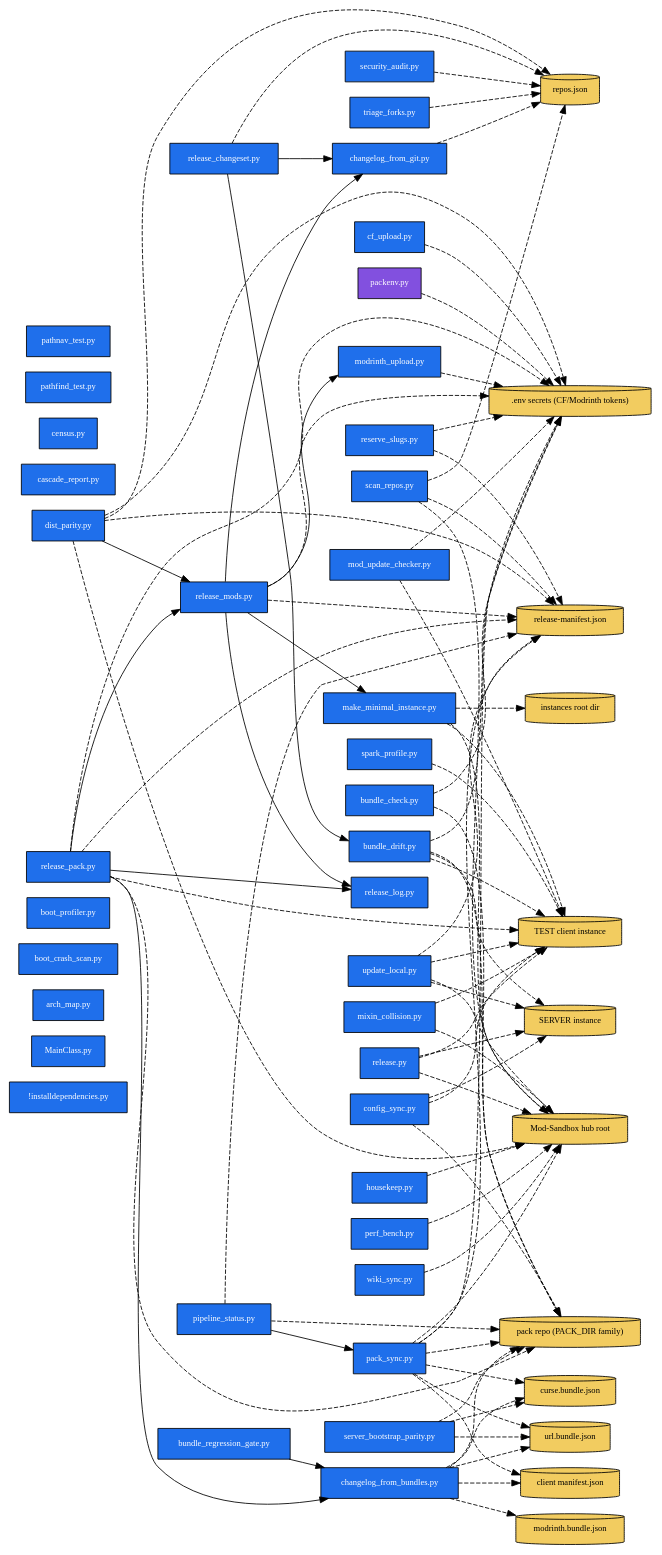
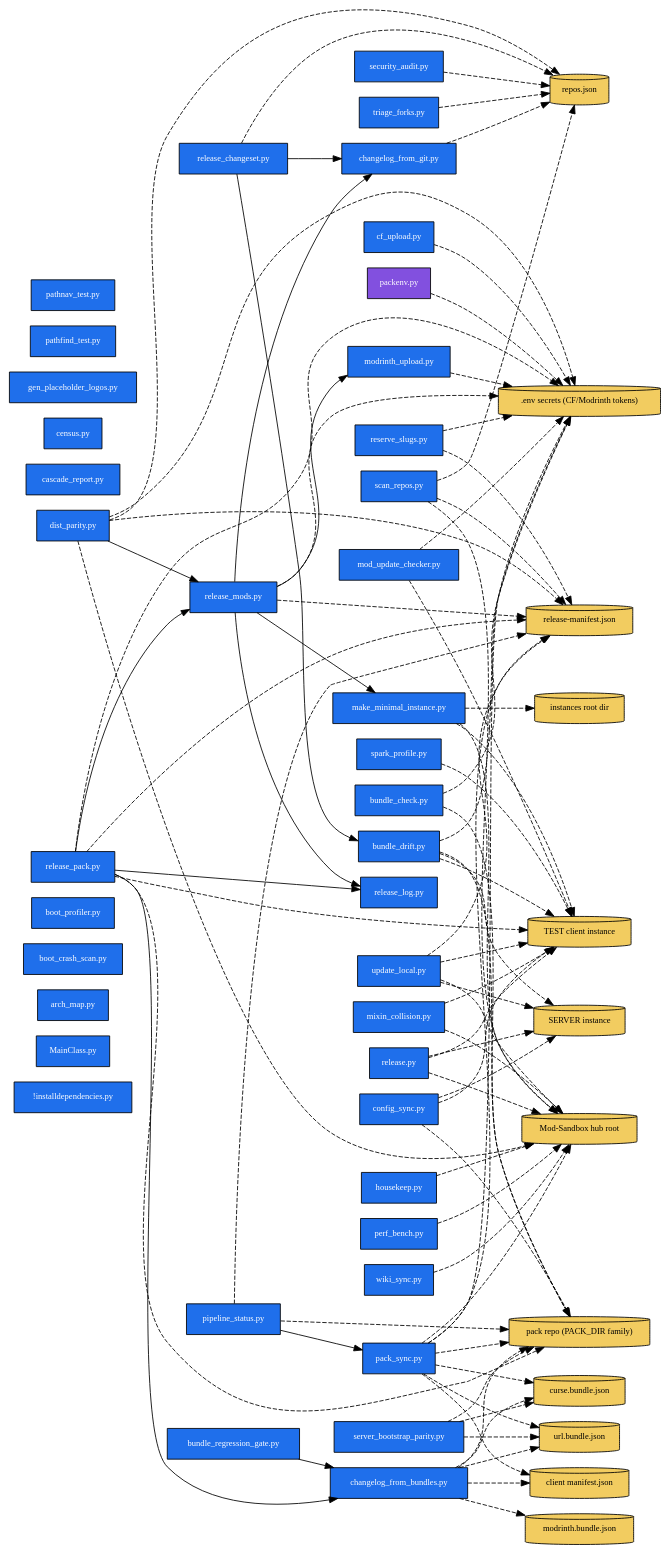
The diagram in ARCHITECTURE.dot (quentin452/Cat-Pack-Utilities), drawn with Graphviz before and after one commit. The commit also changed 7 other files, not shown here.

First line of the commit message:
feat(reserve_slugs): placeholder brand logos + Modrinth icon upload

```diff
--- a/ARCHITECTURE.dot
+++ b/ARCHITECTURE.dot
@@ -1,136 +1,137 @@
 digraph arch {
   rankdir=LR;
   node [shape=box, style=filled, fontsize=10];
 
   S__installdependencies [label="!installdependencies.py", fillcolor="#1f6feb", fontcolor="white"];
   S_MainClass [label="MainClass.py", fillcolor="#1f6feb", fontcolor="white"];
   S_arch_map [label="arch_map.py", fillcolor="#1f6feb", fontcolor="white"];
   S_boot_crash_scan [label="boot_crash_scan.py", fillcolor="#1f6feb", fontcolor="white"];
   S_boot_profiler [label="boot_profiler.py", fillcolor="#1f6feb", fontcolor="white"];
   S_bundle_check [label="bundle_check.py", fillcolor="#1f6feb", fontcolor="white"];
   S_bundle_drift [label="bundle_drift.py", fillcolor="#1f6feb", fontcolor="white"];
   S_bundle_regression_gate [label="bundle_regression_gate.py", fillcolor="#1f6feb", fontcolor="white"];
   S_cascade_report [label="cascade_report.py", fillcolor="#1f6feb", fontcolor="white"];
   S_census [label="census.py", fillcolor="#1f6feb", fontcolor="white"];
   S_cf_upload [label="cf_upload.py", fillcolor="#1f6feb", fontcolor="white"];
   S_changelog_from_bundles [label="changelog_from_bundles.py", fillcolor="#1f6feb", fontcolor="white"];
   S_changelog_from_git [label="changelog_from_git.py", fillcolor="#1f6feb", fontcolor="white"];
   S_config_sync [label="config_sync.py", fillcolor="#1f6feb", fontcolor="white"];
   S_dist_parity [label="dist_parity.py", fillcolor="#1f6feb", fontcolor="white"];
+  S_gen_placeholder_logos [label="gen_placeholder_logos.py", fillcolor="#1f6feb", fontcolor="white"];
   S_housekeep [label="housekeep.py", fillcolor="#1f6feb", fontcolor="white"];
   S_make_minimal_instance [label="make_minimal_instance.py", fillcolor="#1f6feb", fontcolor="white"];
   S_mixin_collision [label="mixin_collision.py", fillcolor="#1f6feb", fontcolor="white"];
   S_mod_update_checker [label="mod_update_checker.py", fillcolor="#1f6feb", fontcolor="white"];
   S_modrinth_upload [label="modrinth_upload.py", fillcolor="#1f6feb", fontcolor="white"];
   S_pack_sync [label="pack_sync.py", fillcolor="#1f6feb", fontcolor="white"];
   S_packenv [label="packenv.py", fillcolor="#8250df", fontcolor="white"];
   S_pathfind_test [label="pathfind_test.py", fillcolor="#1f6feb", fontcolor="white"];
   S_pathnav_test [label="pathnav_test.py", fillcolor="#1f6feb", fontcolor="white"];
   S_perf_bench [label="perf_bench.py", fillcolor="#1f6feb", fontcolor="white"];
   S_pipeline_status [label="pipeline_status.py", fillcolor="#1f6feb", fontcolor="white"];
   S_release [label="release.py", fillcolor="#1f6feb", fontcolor="white"];
   S_release_changeset [label="release_changeset.py", fillcolor="#1f6feb", fontcolor="white"];
   S_release_log [label="release_log.py", fillcolor="#1f6feb", fontcolor="white"];
   S_release_mods [label="release_mods.py", fillcolor="#1f6feb", fontcolor="white"];
   S_release_pack [label="release_pack.py", fillcolor="#1f6feb", fontcolor="white"];
   S_reserve_slugs [label="reserve_slugs.py", fillcolor="#1f6feb", fontcolor="white"];
   S_scan_repos [label="scan_repos.py", fillcolor="#1f6feb", fontcolor="white"];
   S_security_audit [label="security_audit.py", fillcolor="#1f6feb", fontcolor="white"];
   S_server_bootstrap_parity [label="server_bootstrap_parity.py", fillcolor="#1f6feb", fontcolor="white"];
   S_spark_profile [label="spark_profile.py", fillcolor="#1f6feb", fontcolor="white"];
   S_triage_forks [label="triage_forks.py", fillcolor="#1f6feb", fontcolor="white"];
   S_update_local [label="update_local.py", fillcolor="#1f6feb", fontcolor="white"];
   S_wiki_sync [label="wiki_sync.py", fillcolor="#1f6feb", fontcolor="white"];
 
   D_ART_SECRETS [label=".env secrets (CF/Modrinth tokens)", shape=cylinder, fillcolor="#f2cc60"];
   D_ART_HUB [label="Mod-Sandbox hub root", shape=cylinder, fillcolor="#f2cc60"];
   D_ART_INSTANCE_SERVER [label="SERVER instance", shape=cylinder, fillcolor="#f2cc60"];
   D_ART_INSTANCE_TEST [label="TEST client instance", shape=cylinder, fillcolor="#f2cc60"];
   D_ART_CLIENT_MANIFEST [label="client manifest.json", shape=cylinder, fillcolor="#f2cc60"];
   D_ART_CURSE_BUNDLE [label="curse.bundle.json", shape=cylinder, fillcolor="#f2cc60"];
   D_ART_INSTANCES_ROOT [label="instances root dir", shape=cylinder, fillcolor="#f2cc60"];
   D_ART_MODRINTH_BUNDLE [label="modrinth.bundle.json", shape=cylinder, fillcolor="#f2cc60"];
   D_ART_PACK_DIR [label="pack repo (PACK_DIR family)", shape=cylinder, fillcolor="#f2cc60"];
   D_ART_RELEASE_MANIFEST [label="release-manifest.json", shape=cylinder, fillcolor="#f2cc60"];
   D_ART_REPOS_JSON [label="repos.json", shape=cylinder, fillcolor="#f2cc60"];
   D_ART_URL_BUNDLE [label="url.bundle.json", shape=cylinder, fillcolor="#f2cc60"];
 
   S_bundle_regression_gate -> S_changelog_from_bundles;
   S_dist_parity -> S_release_mods;
   S_pipeline_status -> S_pack_sync;
   S_release_changeset -> S_bundle_drift;
   S_release_changeset -> S_changelog_from_git;
   S_release_mods -> S_changelog_from_git;
   S_release_mods -> S_make_minimal_instance;
   S_release_mods -> S_modrinth_upload;
   S_release_mods -> S_release_log;
   S_release_pack -> S_changelog_from_bundles;
   S_release_pack -> S_release_log;
   S_release_pack -> S_release_mods;
   S_bundle_check -> D_ART_SECRETS [style=dashed];
   S_bundle_check -> D_ART_PACK_DIR [style=dashed];
   S_bundle_drift -> D_ART_SECRETS [style=dashed];
   S_bundle_drift -> D_ART_INSTANCE_SERVER [style=dashed];
   S_bundle_drift -> D_ART_INSTANCE_TEST [style=dashed];
   S_bundle_drift -> D_ART_PACK_DIR [style=dashed];
   S_cf_upload -> D_ART_SECRETS [style=dashed];
   S_changelog_from_bundles -> D_ART_CLIENT_MANIFEST [style=dashed];
   S_changelog_from_bundles -> D_ART_CURSE_BUNDLE [style=dashed];
   S_changelog_from_bundles -> D_ART_MODRINTH_BUNDLE [style=dashed];
   S_changelog_from_bundles -> D_ART_PACK_DIR [style=dashed];
   S_changelog_from_bundles -> D_ART_URL_BUNDLE [style=dashed];
   S_changelog_from_git -> D_ART_REPOS_JSON [style=dashed];
   S_config_sync -> D_ART_INSTANCE_SERVER [style=dashed];
   S_config_sync -> D_ART_INSTANCE_TEST [style=dashed];
   S_config_sync -> D_ART_PACK_DIR [style=dashed];
   S_dist_parity -> D_ART_SECRETS [style=dashed];
   S_dist_parity -> D_ART_HUB [style=dashed];
   S_dist_parity -> D_ART_RELEASE_MANIFEST [style=dashed];
   S_dist_parity -> D_ART_REPOS_JSON [style=dashed];
   S_housekeep -> D_ART_HUB [style=dashed];
   S_make_minimal_instance -> D_ART_HUB [style=dashed];
   S_make_minimal_instance -> D_ART_INSTANCE_TEST [style=dashed];
   S_make_minimal_instance -> D_ART_INSTANCES_ROOT [style=dashed];
   S_mixin_collision -> D_ART_HUB [style=dashed];
   S_mixin_collision -> D_ART_INSTANCE_TEST [style=dashed];
   S_mod_update_checker -> D_ART_SECRETS [style=dashed];
   S_mod_update_checker -> D_ART_INSTANCE_TEST [style=dashed];
   S_modrinth_upload -> D_ART_SECRETS [style=dashed];
   S_pack_sync -> D_ART_SECRETS [style=dashed];
   S_pack_sync -> D_ART_HUB [style=dashed];
   S_pack_sync -> D_ART_CLIENT_MANIFEST [style=dashed];
   S_pack_sync -> D_ART_CURSE_BUNDLE [style=dashed];
   S_pack_sync -> D_ART_PACK_DIR [style=dashed];
   S_pack_sync -> D_ART_RELEASE_MANIFEST [style=dashed];
   S_pack_sync -> D_ART_URL_BUNDLE [style=dashed];
   S_packenv -> D_ART_SECRETS [style=dashed];
   S_perf_bench -> D_ART_HUB [style=dashed];
   S_pipeline_status -> D_ART_PACK_DIR [style=dashed];
   S_pipeline_status -> D_ART_RELEASE_MANIFEST [style=dashed];
   S_release -> D_ART_HUB [style=dashed];
   S_release -> D_ART_INSTANCE_SERVER [style=dashed];
   S_release -> D_ART_INSTANCE_TEST [style=dashed];
   S_release_changeset -> D_ART_REPOS_JSON [style=dashed];
   S_release_mods -> D_ART_SECRETS [style=dashed];
   S_release_mods -> D_ART_RELEASE_MANIFEST [style=dashed];
   S_release_pack -> D_ART_SECRETS [style=dashed];
   S_release_pack -> D_ART_INSTANCE_TEST [style=dashed];
   S_release_pack -> D_ART_PACK_DIR [style=dashed];
   S_release_pack -> D_ART_RELEASE_MANIFEST [style=dashed];
   S_reserve_slugs -> D_ART_SECRETS [style=dashed];
   S_reserve_slugs -> D_ART_RELEASE_MANIFEST [style=dashed];
   S_scan_repos -> D_ART_HUB [style=dashed];
   S_scan_repos -> D_ART_RELEASE_MANIFEST [style=dashed];
   S_scan_repos -> D_ART_REPOS_JSON [style=dashed];
   S_security_audit -> D_ART_REPOS_JSON [style=dashed];
   S_server_bootstrap_parity -> D_ART_CURSE_BUNDLE [style=dashed];
   S_server_bootstrap_parity -> D_ART_PACK_DIR [style=dashed];
   S_server_bootstrap_parity -> D_ART_URL_BUNDLE [style=dashed];
   S_spark_profile -> D_ART_INSTANCE_TEST [style=dashed];
   S_triage_forks -> D_ART_REPOS_JSON [style=dashed];
   S_update_local -> D_ART_HUB [style=dashed];
   S_update_local -> D_ART_INSTANCE_SERVER [style=dashed];
   S_update_local -> D_ART_INSTANCE_TEST [style=dashed];
   S_update_local -> D_ART_RELEASE_MANIFEST [style=dashed];
   S_wiki_sync -> D_ART_HUB [style=dashed];
 }
```
